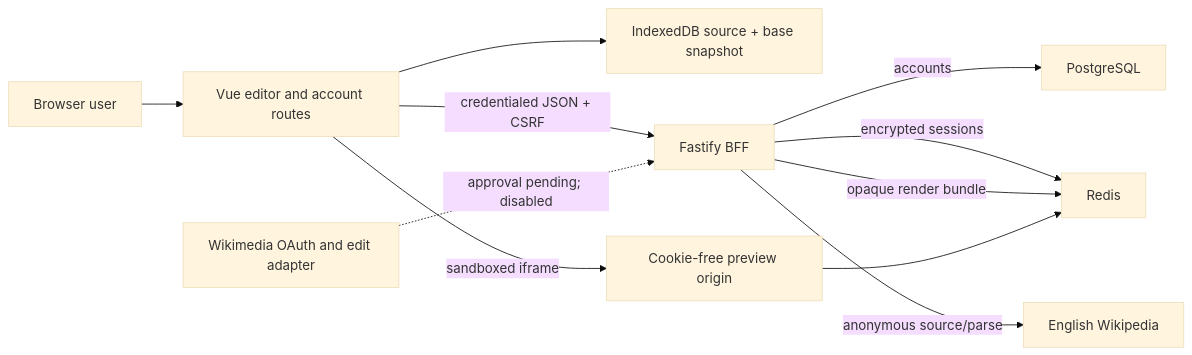
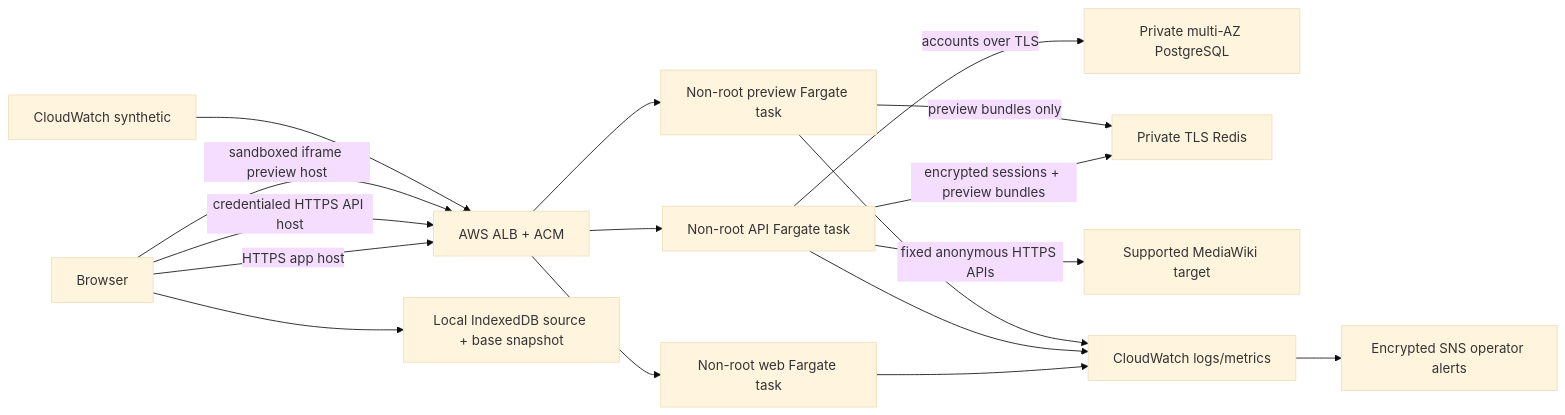
The first of 2 diagrams in docs/architecture.md (feconi1024/wikione), drawn with Mermaid (base theme) before and after one commit. The commit also changed other lines of this file and 12 other files, not shown here.

````diff
--- a/docs/architecture.md
+++ b/docs/architecture.md
@@ -12,13 +12,19 @@
 ```mermaid
 flowchart LR
-    User["Browser user"] --> Web["Vue editor and account routes"]
-    Web --> Drafts["IndexedDB source + base snapshot"]
-    Web -->|"credentialed JSON + CSRF"| API["Fastify BFF"]
-    API -->|"accounts"| Postgres["PostgreSQL"]
-    API -->|"encrypted sessions"| Redis["Redis"]
-    API -->|"anonymous source/parse"| Wiki["English Wikipedia"]
-    API -->|"opaque render bundle"| Redis
-    Web -->|"sandboxed iframe"| Preview["Cookie-free preview origin"]
-    Preview --> Redis
-    OAuth["Wikimedia OAuth and edit adapter"] -. "approval pending; disabled" .-> API
+    Browser["Browser"] -->|"HTTPS app host"| ALB["AWS ALB + ACM"]
+    Browser -->|"credentialed HTTPS API host"| ALB
+    Browser -->|"sandboxed iframe preview host"| ALB
+    ALB --> Web["Non-root web Fargate task"]
+    ALB --> API["Non-root API Fargate task"]
+    ALB --> Preview["Non-root preview Fargate task"]
+    Browser --> Drafts["Local IndexedDB source + base snapshot"]
+    API -->|"accounts over TLS"| RDS["Private multi-AZ PostgreSQL"]
+    API -->|"encrypted sessions + preview bundles"| Redis["Private TLS Redis"]
+    Preview -->|"preview bundles only"| Redis
+    API -->|"fixed anonymous HTTPS APIs"| Wiki["Supported MediaWiki target"]
+    Synthetics["CloudWatch synthetic"] --> ALB
+    Web --> Logs["CloudWatch logs/metrics"]
+    API --> Logs
+    Preview --> Logs
+    Logs --> Alerts["Encrypted SNS operator alerts"]
 ```
````
